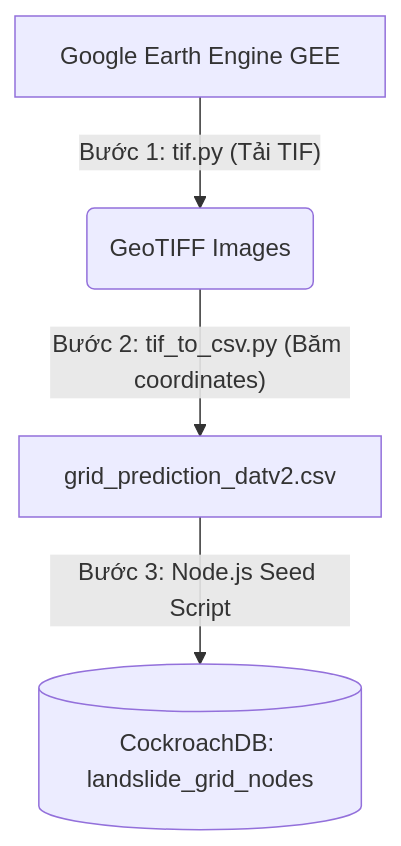
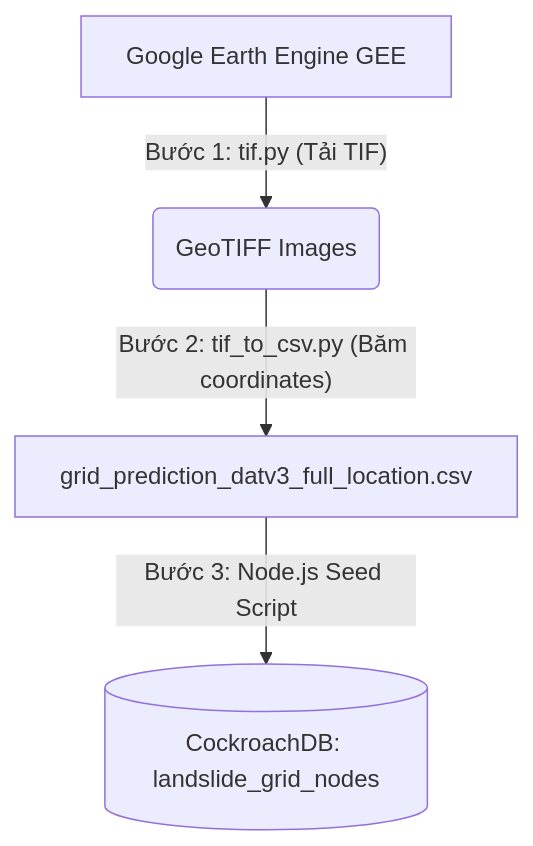
The diagram in data_engineering/README.md (DoHoangHiep-code/CDTN_DuAnNgapLut_Nhom27), drawn with Mermaid before and after one commit. The commit also changed other lines of this file and 48 other files, not shown here.

````diff
--- a/data_engineering/README.md
+++ b/data_engineering/README.md
@@ -15,6 +15,6 @@
 ```mermaid
 graph TD
     A[Google Earth Engine GEE] -- "Bước 1: tif.py (Tải TIF)" --> B(GeoTIFF Images)
-    B -- "Bước 2: tif_to_csv.py (Băm coordinates)" --> C[grid_prediction_datv2.csv]
+    B -- "Bước 2: tif_to_csv.py (Băm coordinates)" --> C[grid_prediction_datv3_full_location.csv]
     C -- "Bước 3: Node.js Seed Script" --> D[(CockroachDB: landslide_grid_nodes)]
 ```
````
